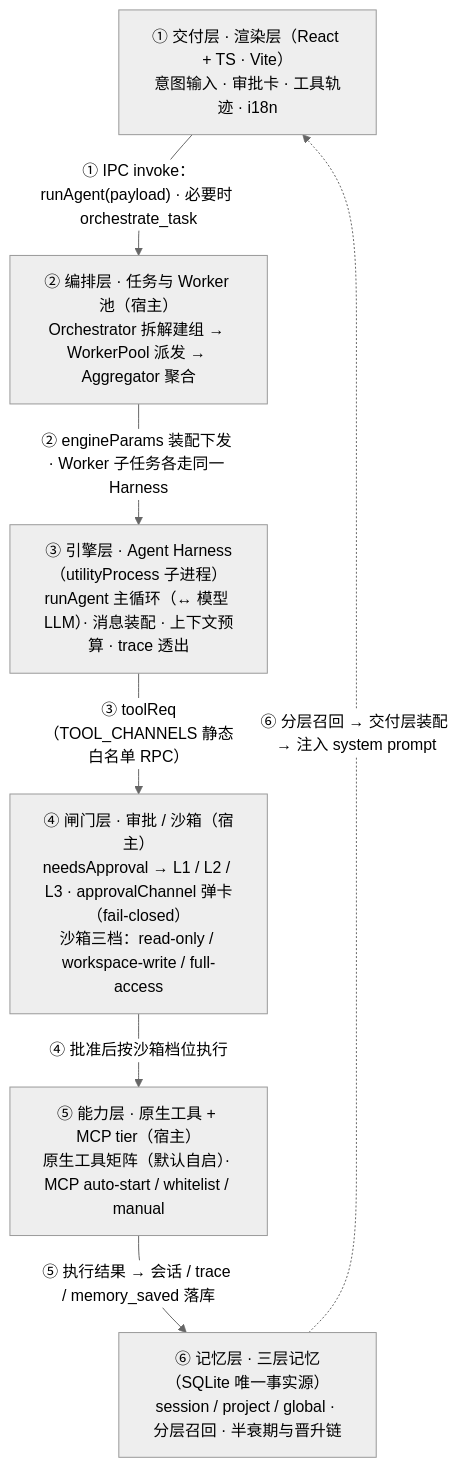
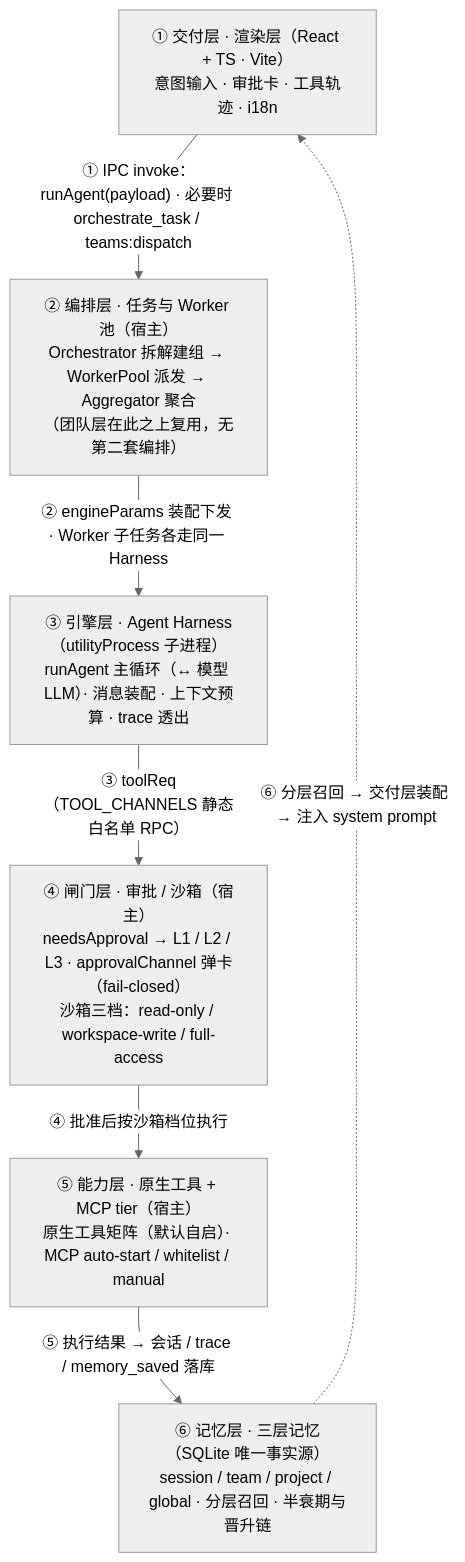
Before and after one commit to jasonma1210/MJCoder: the second of 7 diagrams in MJcoder-技术流程功能文档.md, drawn with Mermaid (neutral theme). The commit also changed other lines of this file and 121 other files, not shown here.

````diff
--- a/MJcoder-技术流程功能文档.md
+++ b/MJcoder-技术流程功能文档.md
@@ -119,16 +163,16 @@
 ```mermaid
 flowchart TB
     A["① 交付层 · 渲染层（React + TS · Vite）<br/>意图输入 · 审批卡 · 工具轨迹 · i18n"]
-    B["② 编排层 · 任务与 Worker 池（宿主）<br/>Orchestrator 拆解建组 → WorkerPool 派发 → Aggregator 聚合"]
+    B["② 编排层 · 任务与 Worker 池（宿主）<br/>Orchestrator 拆解建组 → WorkerPool 派发 → Aggregator 聚合<br/>（团队层在此之上复用，无第二套编排）"]
     C["③ 引擎层 · Agent Harness（utilityProcess 子进程）<br/>runAgent 主循环（↔ 模型 LLM）· 消息装配 · 上下文预算 · trace 透出"]
     D["④ 闸门层 · 审批 / 沙箱（宿主）<br/>needsApproval → L1 / L2 / L3 · approvalChannel 弹卡（fail-closed）<br/>沙箱三档：read-only / workspace-write / full-access"]
     E["⑤ 能力层 · 原生工具 + MCP tier（宿主）<br/>原生工具矩阵（默认自启）· MCP auto-start / whitelist / manual"]
-    F["⑥ 记忆层 · 三层记忆（SQLite 唯一事实源）<br/>session / project / global · 分层召回 · 半衰期与晋升链"]
+    F["⑥ 记忆层 · 三层记忆（SQLite 唯一事实源）<br/>session / team / project / global · 分层召回 · 半衰期与晋升链"]
 
-    A -- "① IPC invoke：runAgent(payload) · 必要时 orchestrate_task" --> B
+    A -- "① IPC invoke：runAgent(payload) · 必要时 orchestrate_task / teams:dispatch" --> B
     B -- "② engineParams 装配下发 · Worker 子任务各走同一 Harness" --> C
     C -- "③ toolReq（TOOL_CHANNELS 静态白名单 RPC）" --> D
     D -- "④ 批准后按沙箱档位执行" --> E
     E -- "⑤ 执行结果 → 会话 / trace / memory_saved 落库" --> F
     F -. "⑥ 分层召回 → 交付层装配 → 注入 system prompt" .-> A
 ```
````
